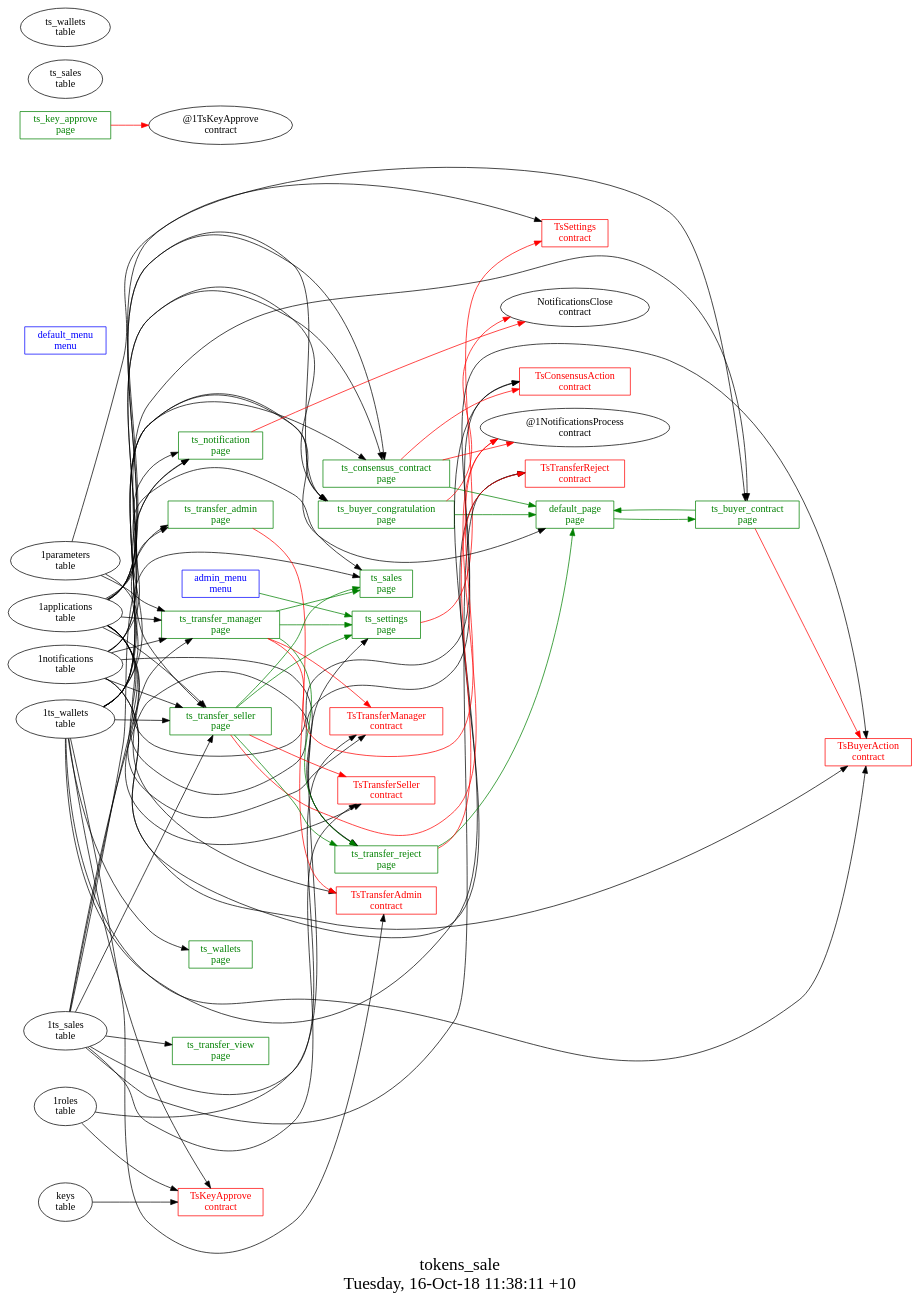
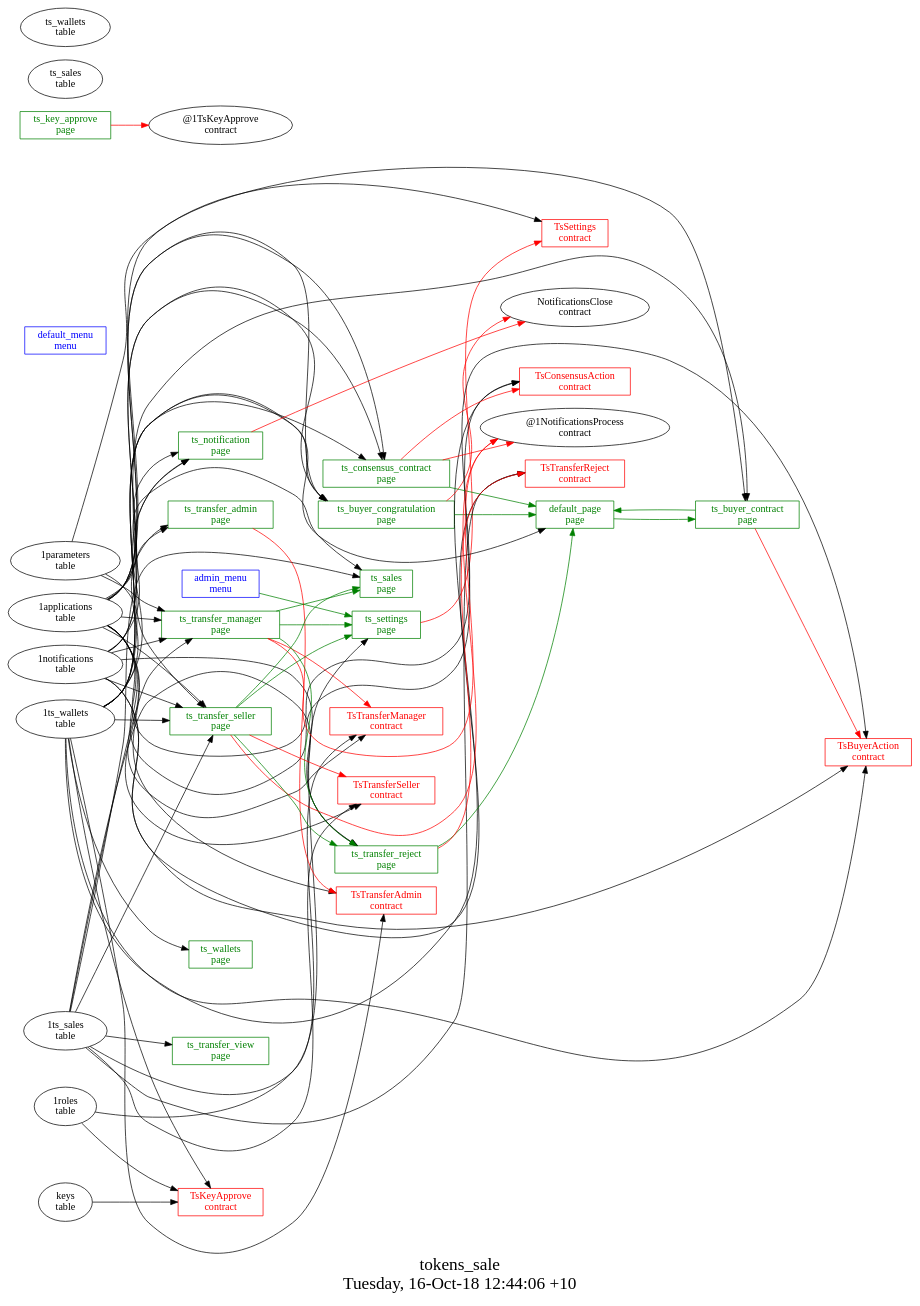
The diagram in other/tokens_sale/struct.dot (AplaProject/apps), drawn with Graphviz before and after one commit. The commit also changed 27 other files, not shown here.

Commit message:
Fixed tokens_sale

```diff
--- a/other/tokens_sale/struct.dot
+++ b/other/tokens_sale/struct.dot
@@ -1,106 +1,106 @@
 digraph G {
 fontsize="24";
-label="tokens_sale\nTuesday, 16-Oct-18 11:38:11 +10";
+label="tokens_sale\nTuesday, 16-Oct-18 12:44:06 +10";
 nojustify=true;
 ordering=out;
 rankdir=LR;
 size="30";
 "admin_menu\nmenu" -> "ts_settings\npage"  [ color=green ]
 "admin_menu\nmenu" [color=blue, fontcolor=blue, group=menus, shape=record];
 "default_menu\nmenu" [color=blue, fontcolor=blue, group=menus, shape=record];
 "1ts_wallets\ntable" -> "default_page\npage"
 "default_page\npage" -> "ts_buyer_contract\npage"  [ color=green ]
 "default_page\npage" [color=green, fontcolor=green, group=pages, shape=record];
 "ts_buyer_congratulation\npage" -> "NotificationsClose\ncontract"  [ color=red ]
 "1applications\ntable" -> "ts_buyer_congratulation\npage"
 "1notifications\ntable" -> "ts_buyer_congratulation\npage"
 "1ts_wallets\ntable" -> "ts_buyer_congratulation\npage"
 "ts_buyer_congratulation\npage" -> "default_page\npage"  [ color=green ]
 "ts_buyer_congratulation\npage" [color=green, fontcolor=green, group=pages, shape=record];
 "ts_buyer_contract\npage" -> "TsBuyerAction\ncontract"  [ color=red ]
 "1applications\ntable" -> "ts_buyer_contract\npage"
 "1ts_wallets\ntable" -> "ts_buyer_contract\npage"
 "ts_buyer_contract\npage" -> "default_page\npage"  [ color=green ]
 "ts_buyer_contract\npage" [color=green, fontcolor=green, group=pages, shape=record];
 "ts_consensus_contract\npage" -> "TsConsensusAction\ncontract"  [ color=red ]
 "ts_consensus_contract\npage" -> "@1NotificationsProcess\ncontract"  [ color=red ]
 "1applications\ntable" -> "ts_consensus_contract\npage"
 "1notifications\ntable" -> "ts_consensus_contract\npage"
 "1ts_wallets\ntable" -> "ts_consensus_contract\npage"
 "ts_consensus_contract\npage" -> "default_page\npage"  [ color=green ]
 "ts_consensus_contract\npage" [color=green, fontcolor=green, group=pages, shape=record];
 "ts_key_approve\npage" -> "@1TsKeyApprove\ncontract"  [ color=red ]
 "ts_key_approve\npage" [color=green, fontcolor=green, group=pages, shape=record];
 "ts_notification\npage" -> "NotificationsClose\ncontract"  [ color=red ]
 "1applications\ntable" -> "ts_notification\npage"
 "1notifications\ntable" -> "ts_notification\npage"
 "1ts_wallets\ntable" -> "ts_notification\npage"
 "ts_notification\npage" [color=green, fontcolor=green, group=pages, shape=record];
 "1applications\ntable" -> "ts_sales\npage"
 "1ts_sales\ntable" -> "ts_sales\npage"
 "ts_sales\npage" [color=green, fontcolor=green, group=pages, shape=record];
 "ts_settings\npage" -> "TsSettings\ncontract"  [ color=red ]
 "1roles\ntable" -> "ts_settings\npage"
 "ts_settings\npage" [color=green, fontcolor=green, group=pages, shape=record];
 "ts_transfer_admin\npage" -> "TsTransferAdmin\ncontract"  [ color=red ]
 "1applications\ntable" -> "ts_transfer_admin\npage"
 "1ts_wallets\ntable" -> "ts_transfer_admin\npage"
 "ts_transfer_admin\npage" [color=green, fontcolor=green, group=pages, shape=record];
 "ts_transfer_manager\npage" -> "TsTransferManager\ncontract"  [ color=red ]
 "ts_transfer_manager\npage" -> "@1NotificationsProcess\ncontract"  [ color=red ]
 "1applications\ntable" -> "ts_transfer_manager\npage"
 "1notifications\ntable" -> "ts_transfer_manager\npage"
 "1ts_sales\ntable" -> "ts_transfer_manager\npage"
 "1parameters\ntable" -> "ts_transfer_manager\npage"
 "ts_transfer_manager\npage" -> "ts_transfer_reject\npage"  [ color=green ]
 "ts_transfer_manager\npage" -> "ts_sales\npage"  [ color=green ]
 "ts_transfer_manager\npage" -> "ts_settings\npage"  [ color=green ]
 "ts_transfer_manager\npage" [color=green, fontcolor=green, group=pages, shape=record];
 "ts_transfer_reject\npage" -> "TsTransferReject\ncontract"  [ color=red ]
 "1notifications\ntable" -> "ts_transfer_reject\npage"
 "1ts_sales\ntable" -> "ts_transfer_reject\npage"
 "ts_transfer_reject\npage" -> "default_page\npage"  [ color=green ]
 "ts_transfer_reject\npage" [color=green, fontcolor=green, group=pages, shape=record];
 "ts_transfer_seller\npage" -> "TsTransferSeller\ncontract"  [ color=red ]
 "ts_transfer_seller\npage" -> "@1NotificationsProcess\ncontract"  [ color=red ]
 "1applications\ntable" -> "ts_transfer_seller\npage"
 "1notifications\ntable" -> "ts_transfer_seller\npage"
 "1ts_sales\ntable" -> "ts_transfer_seller\npage"
 "1ts_wallets\ntable" -> "ts_transfer_seller\npage"
 "1parameters\ntable" -> "ts_transfer_seller\npage"
 "ts_transfer_seller\npage" -> "ts_transfer_reject\npage"  [ color=green ]
 "ts_transfer_seller\npage" -> "ts_sales\npage"  [ color=green ]
 "ts_transfer_seller\npage" -> "ts_settings\npage"  [ color=green ]
 "ts_transfer_seller\npage" [color=green, fontcolor=green, group=pages, shape=record];
 "1ts_sales\ntable" -> "ts_transfer_view\npage"
 "ts_transfer_view\npage" [color=green, fontcolor=green, group=pages, shape=record];
 "1ts_wallets\ntable" -> "ts_wallets\npage"
 "ts_wallets\npage" [color=green, fontcolor=green, group=pages, shape=record];
 "1applications\ntable" -> "TsBuyerAction\ncontract"
 "1ts_wallets\ntable" -> "TsBuyerAction\ncontract"
 "1notifications\ntable" -> "TsBuyerAction\ncontract"
 "TsBuyerAction\ncontract" [color=red, fontcolor=red, group=contracts, shape=record];
 "1applications\ntable" -> "TsConsensusAction\ncontract"
 "1ts_wallets\ntable" -> "TsConsensusAction\ncontract"
 "TsConsensusAction\ncontract" [color=red, fontcolor=red, group=contracts, shape=record];
 "1ts_wallets\ntable" -> "TsKeyApprove\ncontract"
 "keys\ntable" -> "TsKeyApprove\ncontract"
 "1roles\ntable" -> "TsKeyApprove\ncontract"
 "TsKeyApprove\ncontract" [color=red, fontcolor=red, group=contracts, shape=record];
 "1parameters\ntable" -> "TsSettings\ncontract"
 "TsSettings\ncontract" [color=red, fontcolor=red, group=contracts, shape=record];
 "1applications\ntable" -> "TsTransferAdmin\ncontract"
 "1ts_wallets\ntable" -> "TsTransferAdmin\ncontract"
 "TsTransferAdmin\ncontract" [color=red, fontcolor=red, group=contracts, shape=record];
 "1applications\ntable" -> "TsTransferManager\ncontract"
 "1ts_sales\ntable" -> "TsTransferManager\ncontract"
 "TsTransferManager\ncontract" [color=red, fontcolor=red, group=contracts, shape=record];
 "1notifications\ntable" -> "TsTransferReject\ncontract"
 "1ts_sales\ntable" -> "TsTransferReject\ncontract"
 "TsTransferReject\ncontract" [color=red, fontcolor=red, group=contracts, shape=record];
 "1applications\ntable" -> "TsTransferSeller\ncontract"
 "1ts_sales\ntable" -> "TsTransferSeller\ncontract"
 "TsTransferSeller\ncontract" [color=red, fontcolor=red, group=contracts, shape=record];
 "ts_sales\ntable" [color="", fontcolor="", group=tables, shape=""];
 "ts_wallets\ntable" [color="", fontcolor="", group=tables, shape=""];
 }
```
